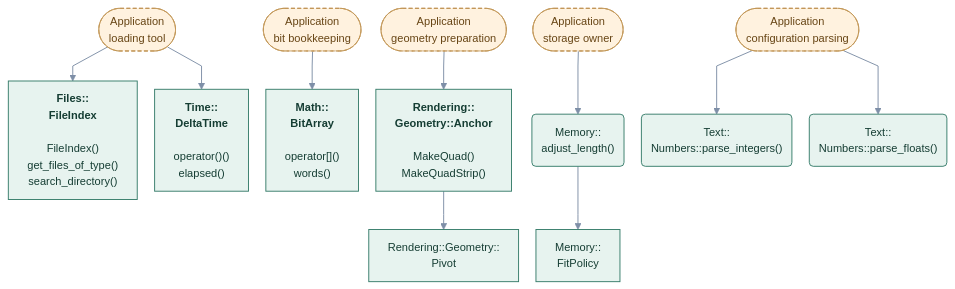
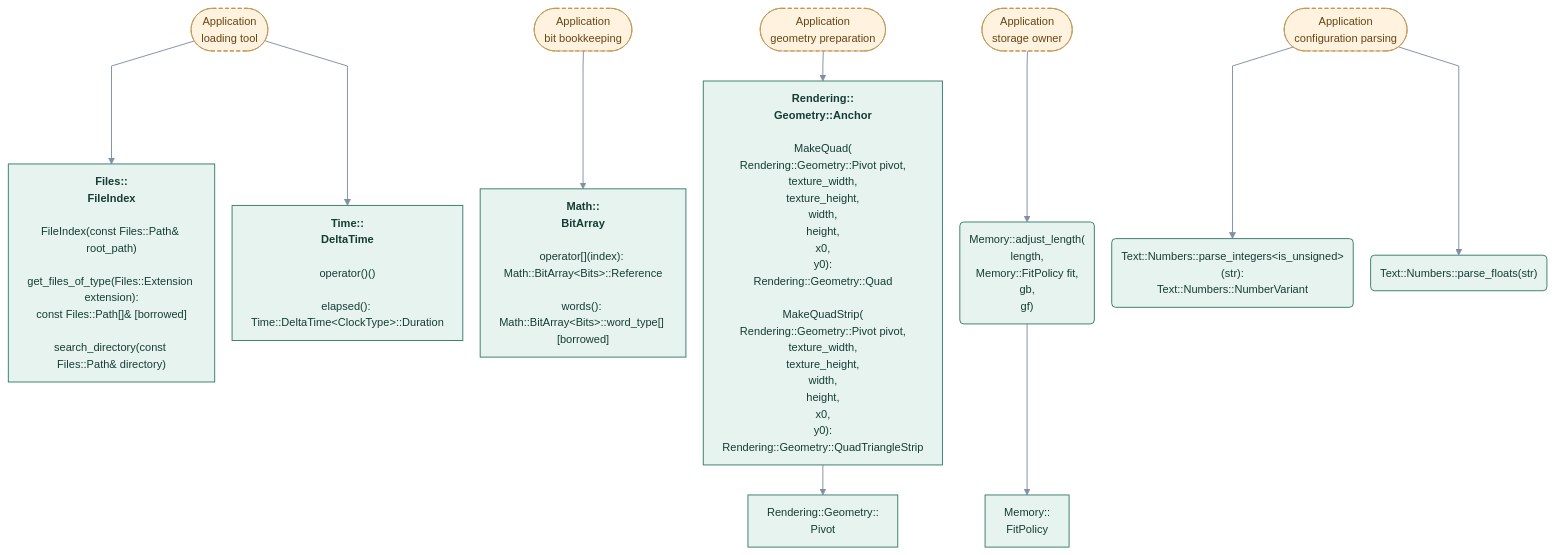
One commit to cppcooper/cheryl-engine changed the diagram in docs/site/engine-systems/diagrams/utilities-application.mmd. Above: the diagram before and after it, drawn with Mermaid. The commit also changed 22 other files, not shown here.

First line of the commit message:
Adds argument and result types to application diagrams

```diff
--- a/docs/site/engine-systems/diagrams/utilities-application.mmd
+++ b/docs/site/engine-systems/diagrams/utilities-application.mmd
@@ -1,44 +1,44 @@
 ---
 config:
   theme: base
   themeVariables:
     fontFamily: system-ui, sans-serif
     fontSize: 14px
   flowchart:
     htmlLabels: true
     curve: linear
     nodeSpacing: 22
     rankSpacing: 38
     padding: 12
 ---
 flowchart TB
     accTitle: Utilities · application-local helpers
     accDescr: Arrows point toward the API or type used, not call order or data flow. Methods beneath type names are selected application entry points; Implement hooks marks engine-invoked overrides. Dashed arrows mark optional choices.
     k0(["Application<br/>loading tool"]):::app
-    k1["<b>Files::<br/>FileIndex</b><br/><br/>FileIndex()<br/>get_files_of_type()<br/>search_directory()"]:::focal
-    k2["<b>Time::<br/>DeltaTime</b><br/><br/>operator()()<br/>elapsed()"]:::focal
+    k1["<b>Files::<br/>FileIndex</b><br/><br/>FileIndex(const Files::Path&amp; root_path)<br/><br/>get_files_of_type(Files::Extension extension):<br/>const Files::Path[]&amp; [borrowed]<br/><br/>search_directory(const Files::Path&amp; directory)"]:::focal
+    k2["<b>Time::<br/>DeltaTime</b><br/><br/>operator()()<br/><br/>elapsed(): Time::DeltaTime&lt;ClockType&gt;::Duration"]:::focal
     k3(["Application<br/>bit bookkeeping"]):::app
-    k4["<b>Math::<br/>BitArray</b><br/><br/>operator[]()<br/>words()"]:::focal
+    k4["<b>Math::<br/>BitArray</b><br/><br/>operator[](index): Math::BitArray&lt;Bits&gt;::Reference<br/><br/>words(): Math::BitArray&lt;Bits&gt;::word_type[] [borrowed]"]:::focal
     k5(["Application<br/>geometry preparation"]):::app
-    k6["<b>Rendering::<br/>Geometry::Anchor</b><br/><br/>MakeQuad()<br/>MakeQuadStrip()"]:::focal
+    k6["<b>Rendering::<br/>Geometry::Anchor</b><br/><br/>MakeQuad(<br/>Rendering::Geometry::Pivot pivot,<br/>texture_width,<br/>texture_height,<br/>width,<br/>height,<br/>x0,<br/>y0):<br/>Rendering::Geometry::Quad<br/><br/>MakeQuadStrip(<br/>Rendering::Geometry::Pivot pivot,<br/>texture_width,<br/>texture_height,<br/>width,<br/>height,<br/>x0,<br/>y0):<br/>Rendering::Geometry::QuadTriangleStrip"]:::focal
     k7["Rendering::Geometry::<br/>Pivot"]:::focal
     k8(["Application<br/>storage owner"]):::app
-    k9("Memory::<br/>adjust_length()"):::focal
+    k9("Memory::adjust_length(<br/>length,<br/>Memory::FitPolicy fit,<br/>gb,<br/>gf)"):::focal
     k10["Memory::<br/>FitPolicy"]:::focal
     k11(["Application<br/>configuration parsing"]):::app
-    k12("Text::<br/>Numbers::parse_integers()"):::focal
-    k13("Text::<br/>Numbers::parse_floats()"):::focal
+    k12("Text::Numbers::parse_integers&lt;is_unsigned&gt;(str):<br/>Text::Numbers::NumberVariant"):::focal
+    k13("Text::Numbers::parse_floats(str)"):::focal
     k0 --> k1
     k0 --> k2
     k3 --> k4
     k8 --> k9
     k9 --> k10
     k5 --> k6
     k6 --> k7
     k11 --> k12
     k11 --> k13
     classDef focal fill:#e7f3ef,stroke:#387d6b,color:#153d33,stroke-width:1.2px
     classDef neighbor fill:#f0f3f8,stroke:#8c9bb1,color:#35445b,stroke-width:1px
     classDef app fill:#fff2df,stroke:#c09452,color:#674515,stroke-dasharray:5 3
     classDef system fill:#eaf0fc,stroke:#617fab,color:#263f69,stroke-width:1.2px
     linkStyle default stroke:#7e8fa7,stroke-width:1.2px
```
